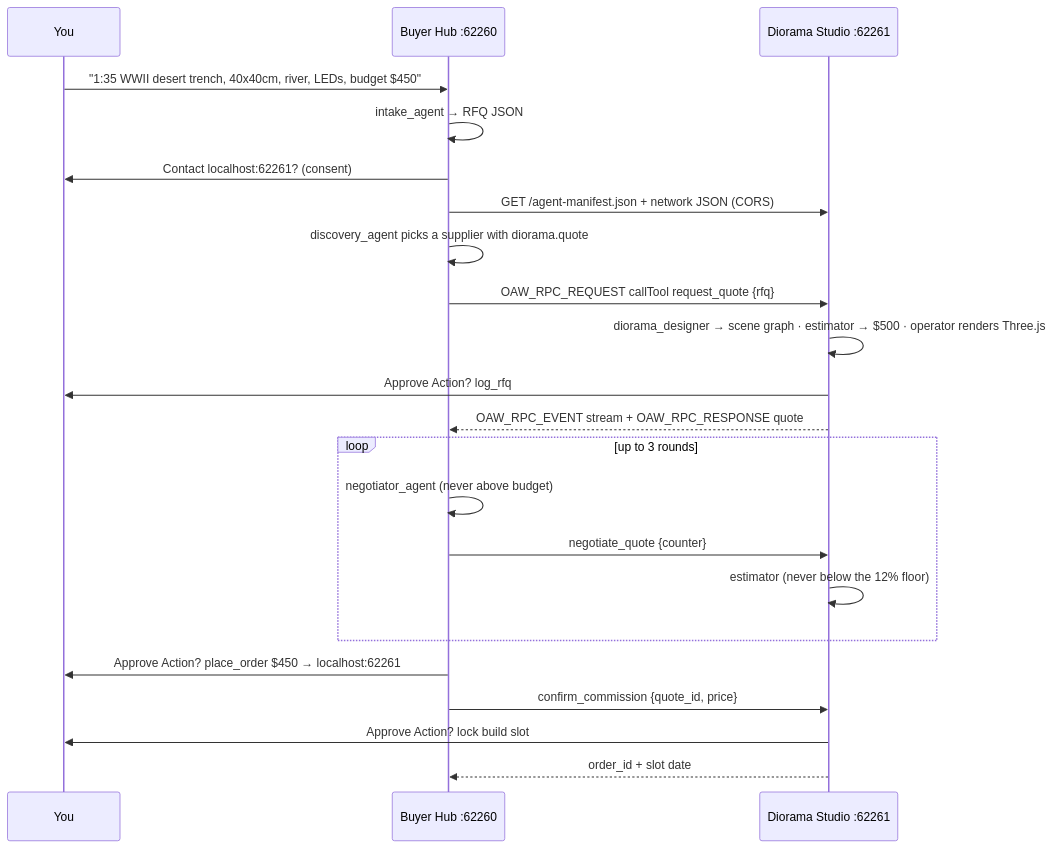
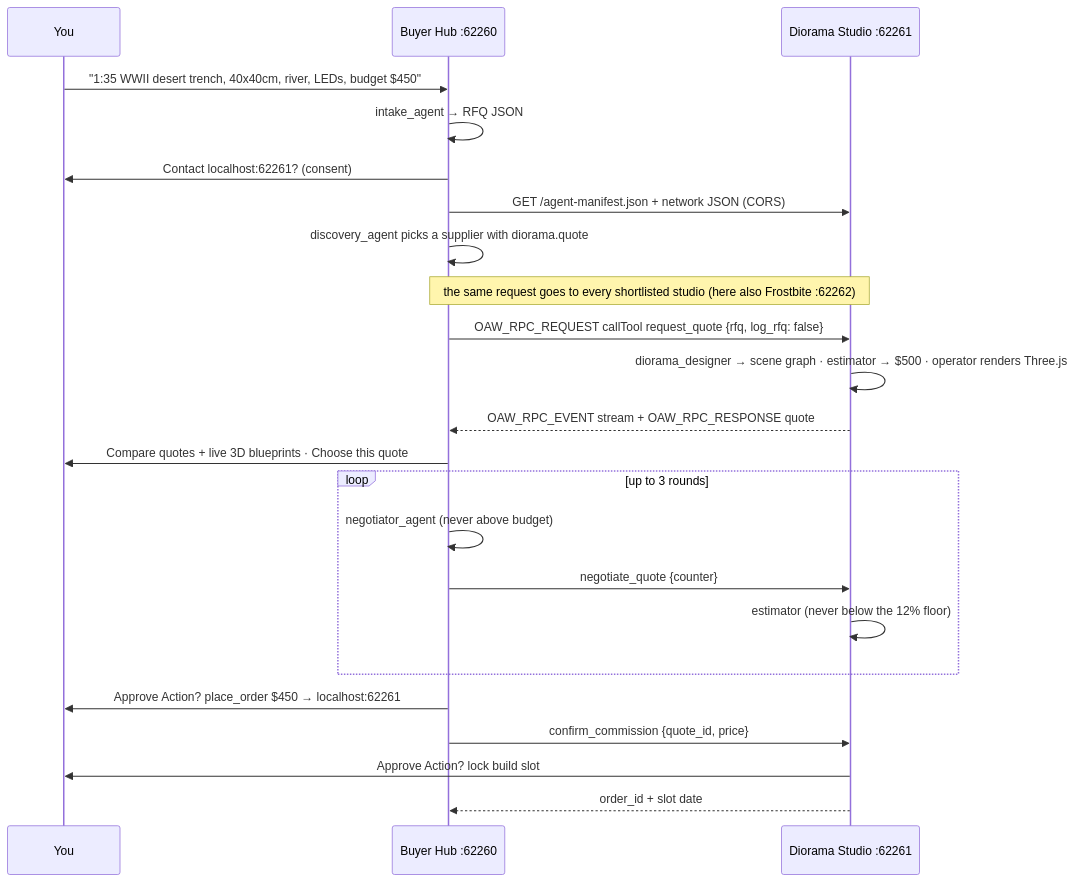
The diagram in README.md (isgudtek/open-agentic-diorama-market), drawn with Mermaid before and after one commit. The commit also changed other lines of this file and 58 other files, not shown here.

Commit message:
Diorama Market: second studio (Frostbite Miniatures), competing quotes with side-by-side live 3D blueprints, human choice step, per-supplier RPC frames

````diff
--- a/README.md
+++ b/README.md
@@ -28,24 +34,25 @@
 ```mermaid
 sequenceDiagram
   participant U as You
   participant A as Buyer Hub :62260
   participant B as Diorama Studio :62261
   U->>A: "1:35 WWII desert trench, 40x40cm, river, LEDs, budget $450"
   A->>A: intake_agent → RFQ JSON
   A->>U: Contact localhost:62261? (consent)
   A->>B: GET /agent-manifest.json + network JSON (CORS)
   A->>A: discovery_agent picks a supplier with diorama.quote
-  A->>B: OAW_RPC_REQUEST callTool request_quote {rfq}
+  Note over A,B: the same request goes to every shortlisted studio (here also Frostbite :62262)
+  A->>B: OAW_RPC_REQUEST callTool request_quote {rfq, log_rfq: false}
   B->>B: diorama_designer → scene graph · estimator → $500 · operator renders Three.js
-  B->>U: Approve Action? log_rfq
   B-->>A: OAW_RPC_EVENT stream + OAW_RPC_RESPONSE quote
+  A->>U: Compare quotes + live 3D blueprints · Choose this quote
   loop up to 3 rounds
     A->>A: negotiator_agent (never above budget)
     A->>B: negotiate_quote {counter}
     B->>B: estimator (never below the 12% floor)
   end
   A->>U: Approve Action? place_order $450 → localhost:62261
   A->>B: confirm_commission {quote_id, price}
   B->>U: Approve Action? lock build slot
   B-->>A: order_id + slot date
 ```
````
